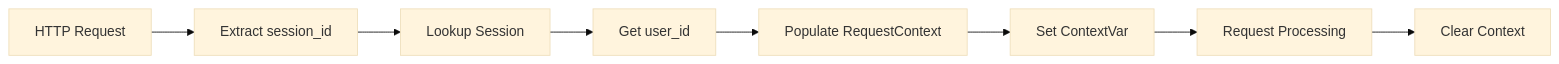
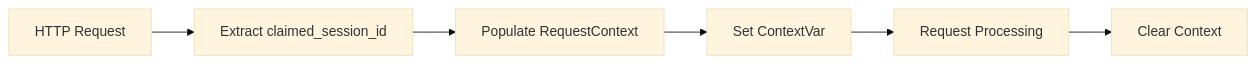
The seventh of 7 diagrams in docs/operations/monitoring/architecture.md (FaultMaven/faultmaven), drawn with Mermaid (base theme) before and after one commit. The commit also changed other lines of this file and 15 other files, not shown here.

````diff
--- a/docs/operations/monitoring/architecture.md
+++ b/docs/operations/monitoring/architecture.md
@@ -768,10 +770,8 @@
 ```mermaid
 graph LR
-    A[HTTP Request] --> B[Extract session_id]
-    B --> C[Lookup Session]
-    C --> D[Get user_id]
-    D --> E[Populate RequestContext]
+    A[HTTP Request] --> B[Extract claimed_session_id]
+    B --> E[Populate RequestContext]
     E --> F[Set ContextVar]
     F --> G[Request Processing]
     G --> H[Clear Context]
 ```
````
